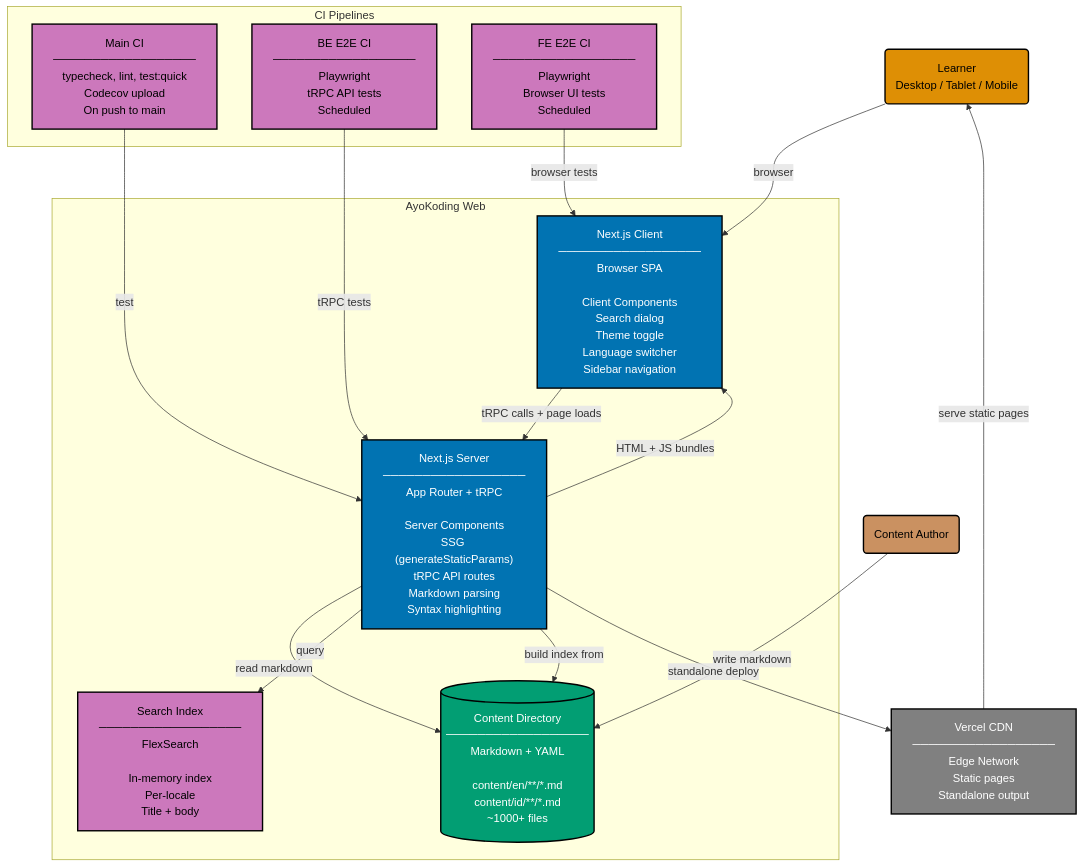
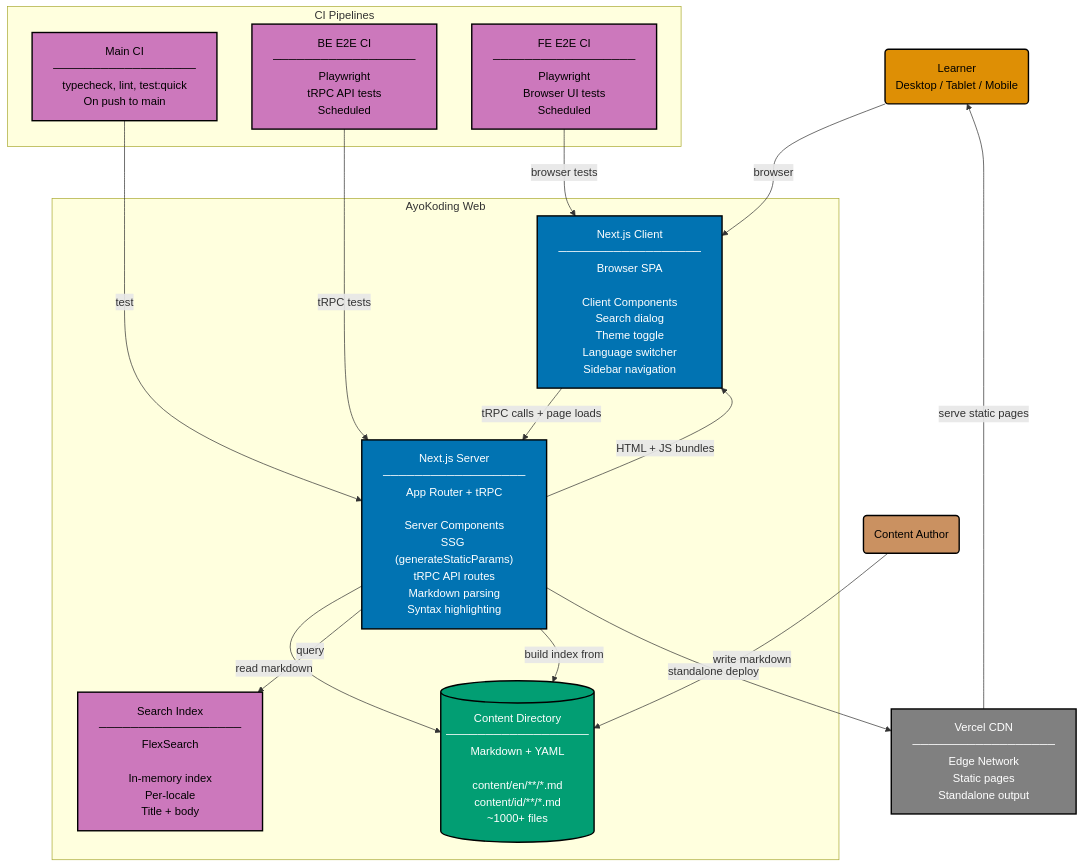
Before and after one commit to wahidyankf/open-sharia-enterprise: the diagram in specs/apps/ayokoding/c4/container.md, drawn with Mermaid. The commit also changed 5 other files, not shown here.

First line of the commit message:
chore(specs): remove codecov labels from C4 diagrams

````diff
--- a/specs/apps/ayokoding/c4/container.md
+++ b/specs/apps/ayokoding/c4/container.md
@@ -11,51 +11,51 @@
 ```mermaid
 %% Color Palette: Blue #0173B2 | Orange #DE8F05 | Teal #029E73 | Purple #CC78BC | Brown #CA9161 | Gray #808080
 graph TD
     LEARNER("Learner<br/>Desktop / Tablet / Mobile"):::actor
     AUTHOR("Content Author"):::actor_author
 
     subgraph SYSTEM["AyoKoding Web"]
         SSR["Next.js Server<br/>──────────────────<br/>App Router + tRPC<br/><br/>Server Components<br/>SSG (generateStaticParams)<br/>tRPC API routes<br/>Markdown parsing<br/>Syntax highlighting"]:::container_be
 
         CLIENT["Next.js Client<br/>──────────────────<br/>Browser SPA<br/><br/>Client Components<br/>Search dialog<br/>Theme toggle<br/>Language switcher<br/>Sidebar navigation"]:::container_fe
 
         CONTENT[("Content Directory<br/>──────────────────<br/>Markdown + YAML<br/><br/>content/en/**/*.md<br/>content/id/**/*.md<br/>~1000+ files")]:::datastore
 
         SEARCH["Search Index<br/>──────────────────<br/>FlexSearch<br/><br/>In-memory index<br/>Per-locale<br/>Title + body"]:::search
     end
 
     subgraph CICD["CI Pipelines"]
-        MAIN_CI["Main CI<br/>──────────────────<br/>typecheck, lint, test:quick<br/>Codecov upload<br/>On push to main"]:::ci
+        MAIN_CI["Main CI<br/>──────────────────<br/>typecheck, lint, test:quick<br/>On push to main"]:::ci
 
         BE_E2E["BE E2E CI<br/>──────────────────<br/>Playwright<br/>tRPC API tests<br/>Scheduled"]:::ci
 
         FE_E2E["FE E2E CI<br/>──────────────────<br/>Playwright<br/>Browser UI tests<br/>Scheduled"]:::ci
     end
 
     VERCEL["Vercel CDN<br/>──────────────────<br/>Edge Network<br/>Static pages<br/>Standalone output"]:::infra
 
     LEARNER -->|"browser"| CLIENT
     AUTHOR -->|"write markdown"| CONTENT
 
     CLIENT -->|"tRPC calls + page loads"| SSR
     SSR -->|"read markdown"| CONTENT
     SSR -->|"query"| SEARCH
     SSR -->|"build index from"| CONTENT
     SSR -->|"HTML + JS bundles"| CLIENT
 
     SSR -->|"standalone deploy"| VERCEL
     VERCEL -->|"serve static pages"| LEARNER
 
     MAIN_CI -->|"test"| SSR
     BE_E2E -->|"tRPC tests"| SSR
     FE_E2E -->|"browser tests"| CLIENT
 
     classDef actor fill:#DE8F05,stroke:#000000,color:#000000,stroke-width:2px
     classDef actor_author fill:#CA9161,stroke:#000000,color:#000000,stroke-width:2px
     classDef container_be fill:#0173B2,stroke:#000000,color:#FFFFFF,stroke-width:2px
     classDef container_fe fill:#0173B2,stroke:#000000,color:#FFFFFF,stroke-width:2px
     classDef datastore fill:#029E73,stroke:#000000,color:#FFFFFF,stroke-width:2px
     classDef search fill:#CC78BC,stroke:#000000,color:#000000,stroke-width:2px
     classDef infra fill:#808080,stroke:#000000,color:#FFFFFF,stroke-width:2px
     classDef ci fill:#CC78BC,stroke:#000000,color:#000000,stroke-width:2px
 ```
````
